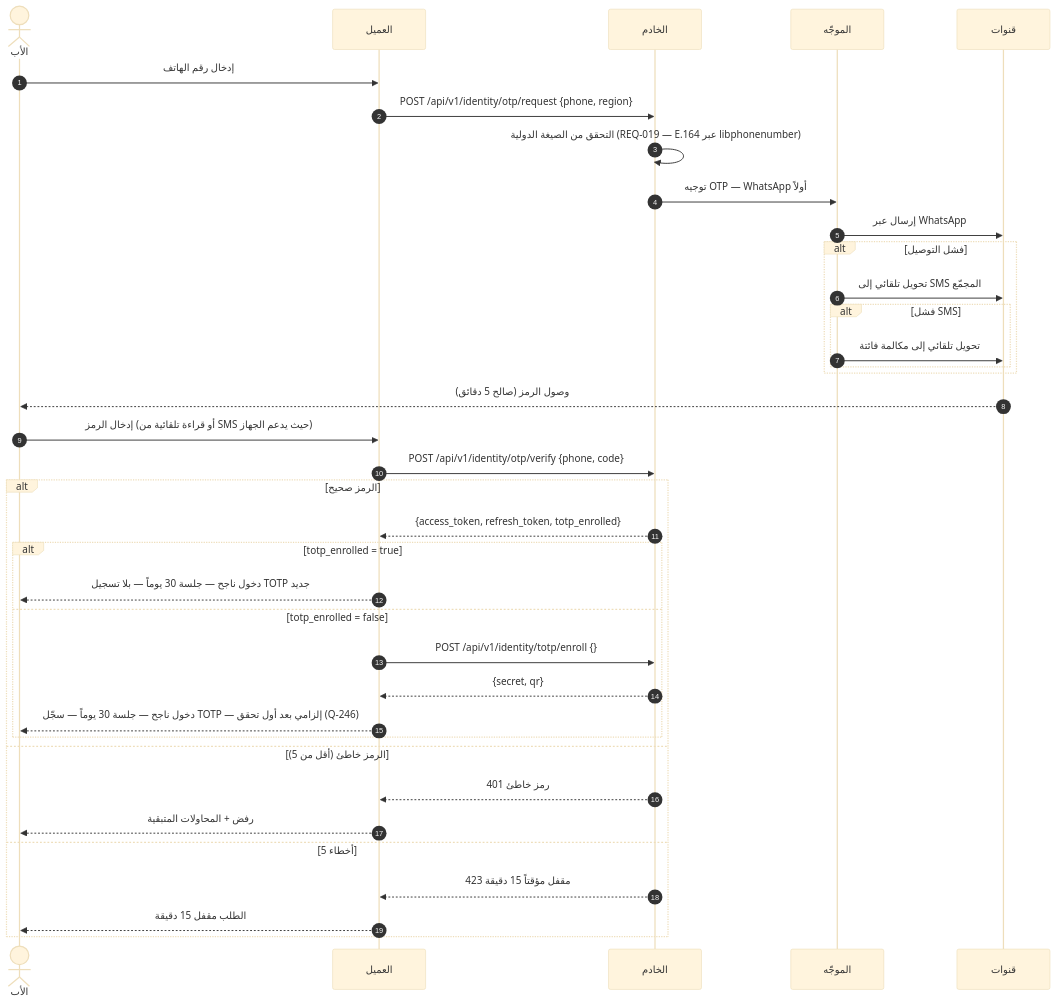
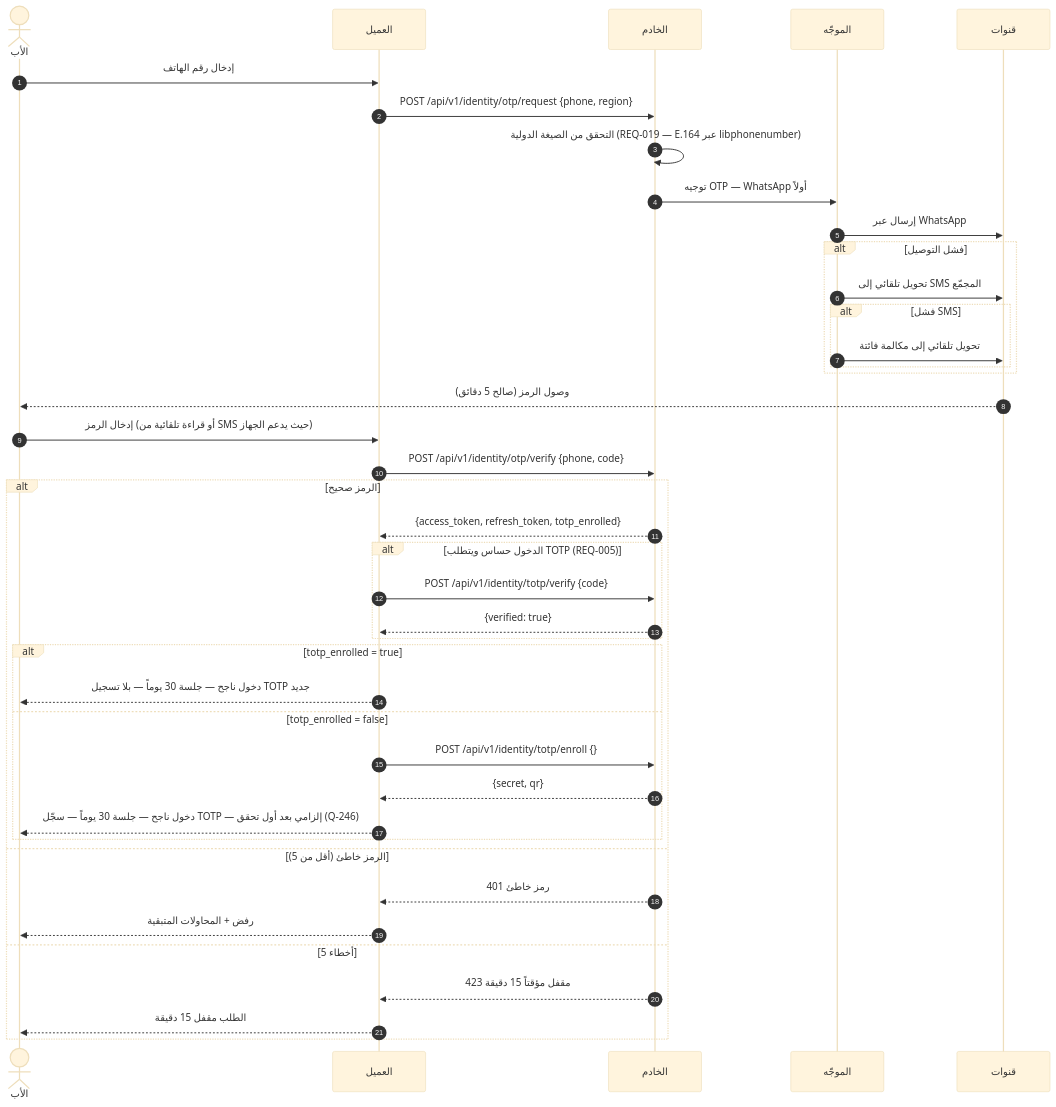
One commit to Bassam-mohammed-alqaeadi/family-os-v2 changed the third of 14 diagrams in docs/family-os/governance/phases/phase-1/S1-02-identity-and-onboarding/DIAGRAMS.md. Above: the diagram before and after it, drawn with Mermaid (base theme). The commit also changed other lines of this file and 3 other files, not shown here.

````diff
--- a/docs/family-os/governance/phases/phase-1/S1-02-identity-and-onboarding/DIAGRAMS.md
+++ b/docs/family-os/governance/phases/phase-1/S1-02-identity-and-onboarding/DIAGRAMS.md
@@ -207,39 +230,43 @@
 ```mermaid
 sequenceDiagram
     autonumber
     actor Father as الأب
     participant Client as العميل
     participant Ktor as الخادم
     participant Router as الموجّه
     participant Channels as قنوات
     Father->>Client: إدخال رقم الهاتف
     Client->>Ktor: POST /api/v1/identity/otp/request {phone, region}
     Ktor->>Ktor: التحقق من الصيغة الدولية (REQ-019 — E.164 عبر libphonenumber)
     Ktor->>Router: توجيه OTP — WhatsApp أولاً
     Router->>Channels: إرسال عبر WhatsApp
     alt فشل التوصيل
         Router->>Channels: تحويل تلقائي إلى SMS المجمّع
         alt فشل SMS
             Router->>Channels: تحويل تلقائي إلى مكالمة فائتة
         end
     end
     Channels-->>Father: وصول الرمز (صالح 5 دقائق)
     Father->>Client: إدخال الرمز (أو قراءة تلقائية من SMS حيث يدعم الجهاز)
     Client->>Ktor: POST /api/v1/identity/otp/verify {phone, code}
     alt الرمز صحيح
         Ktor-->>Client: {access_token, refresh_token, totp_enrolled}
+        alt الدخول حساس ويتطلب TOTP (REQ-005)
+            Client->>Ktor: POST /api/v1/identity/totp/verify {code}
+            Ktor-->>Client: {verified: true}
+        end
         alt totp_enrolled = true
             Client-->>Father: دخول ناجح — جلسة 30 يوماً — بلا تسجيل TOTP جديد
         else totp_enrolled = false
             Client->>Ktor: POST /api/v1/identity/totp/enroll {}
             Ktor-->>Client: {secret, qr}
             Client-->>Father: دخول ناجح — جلسة 30 يوماً — سجّل TOTP — إلزامي بعد أول تحقق (Q-246)
         end
     else الرمز خاطئ (أقل من 5)
         Ktor-->>Client: 401 رمز خاطئ
         Client-->>Father: رفض + المحاولات المتبقية
     else 5 أخطاء
         Ktor-->>Client: 423 مقفل مؤقتاً 15 دقيقة
         Client-->>Father: الطلب مقفل 15 دقيقة
     end
 ```
````
